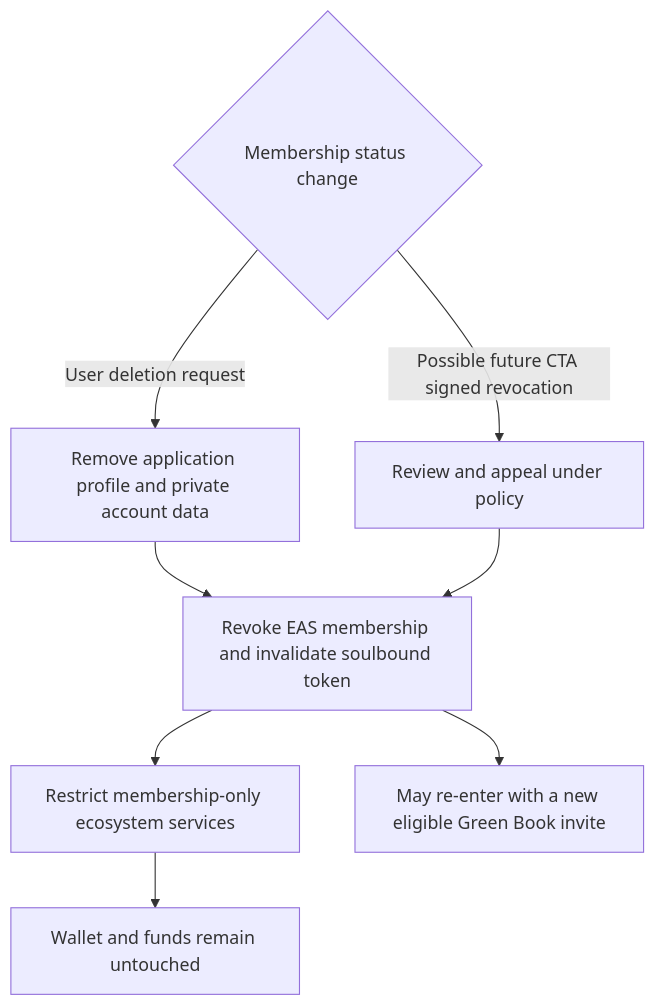
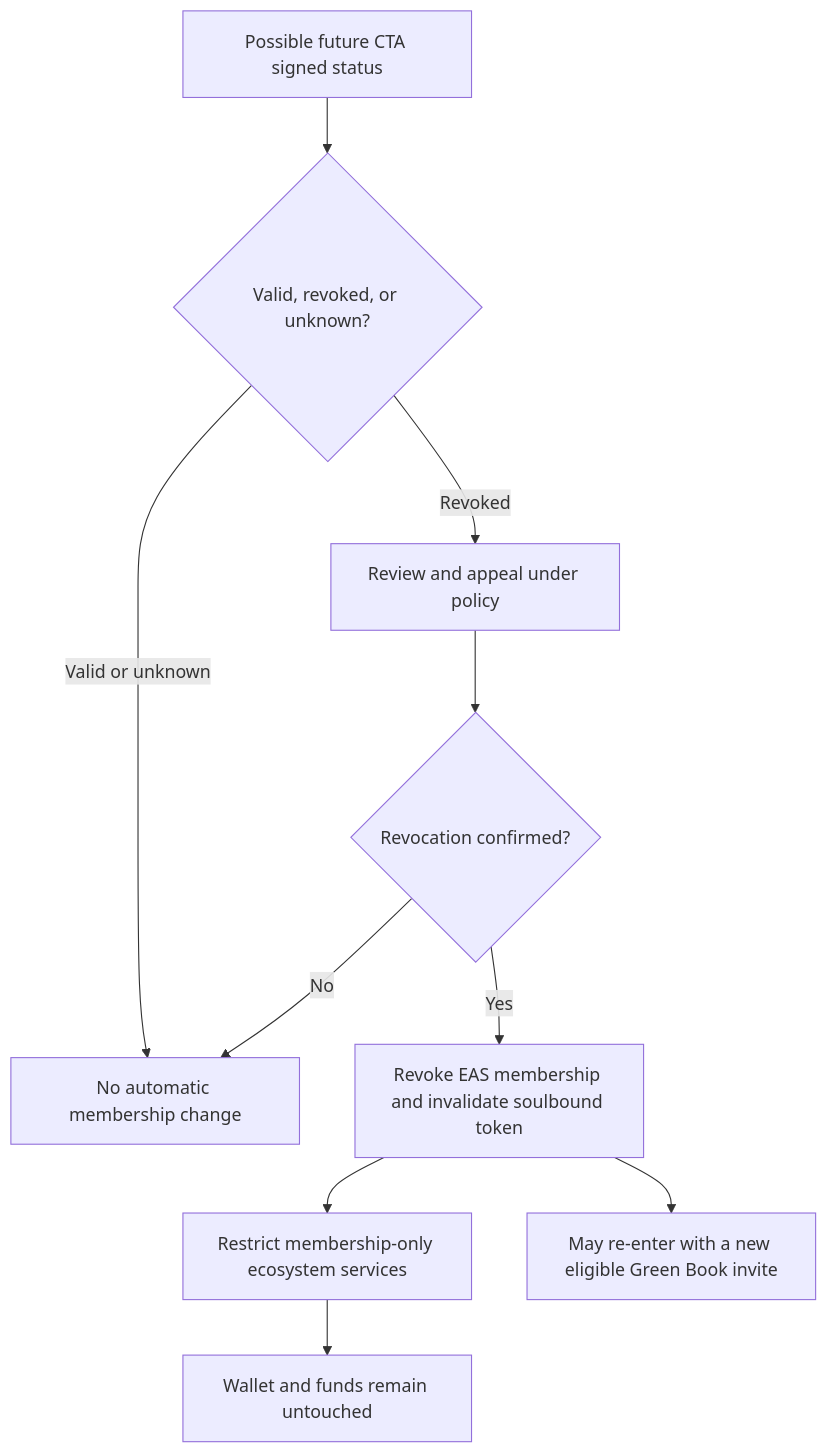
One commit to AlexJupiter/tibetan-id changed the sixth of 6 diagrams in README.md. Above: the diagram before and after it, drawn with Mermaid. The commit also changed other lines of this file, not shown here.

Commit message:
Remove member deletion lifecycle

````diff
--- a/README.md
+++ b/README.md
@@ -191,10 +190,12 @@
 ```mermaid
 flowchart TD
-    A{Membership status change} -->|User deletion request| B[Remove application profile and private account data]
-    A -->|Possible future CTA signed revocation| C[Review and appeal under policy]
-    B --> D[Revoke EAS membership and invalidate soulbound token]
-    C --> D
-    D --> E[Restrict membership-only ecosystem services]
-    E --> F[Wallet and funds remain untouched]
-    D --> G[May re-enter with a new eligible Green Book invite]
+    A[Possible future CTA signed status] --> B{Valid, revoked, or unknown?}
+    B -->|Valid or unknown| C[No automatic membership change]
+    B -->|Revoked| D[Review and appeal under policy]
+    D --> E{Revocation confirmed?}
+    E -->|No| C
+    E -->|Yes| F[Revoke EAS membership and invalidate soulbound token]
+    F --> G[Restrict membership-only ecosystem services]
+    G --> H[Wallet and funds remain untouched]
+    F --> I[May re-enter with a new eligible Green Book invite]
 ```
````
